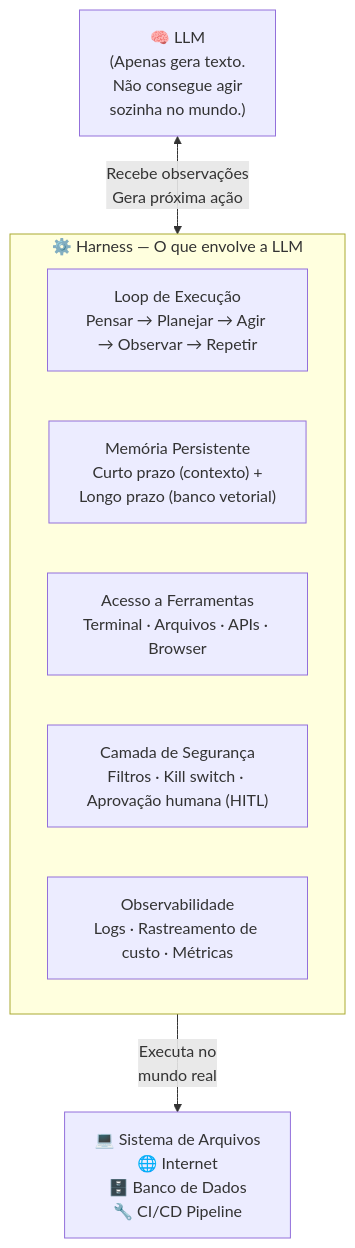
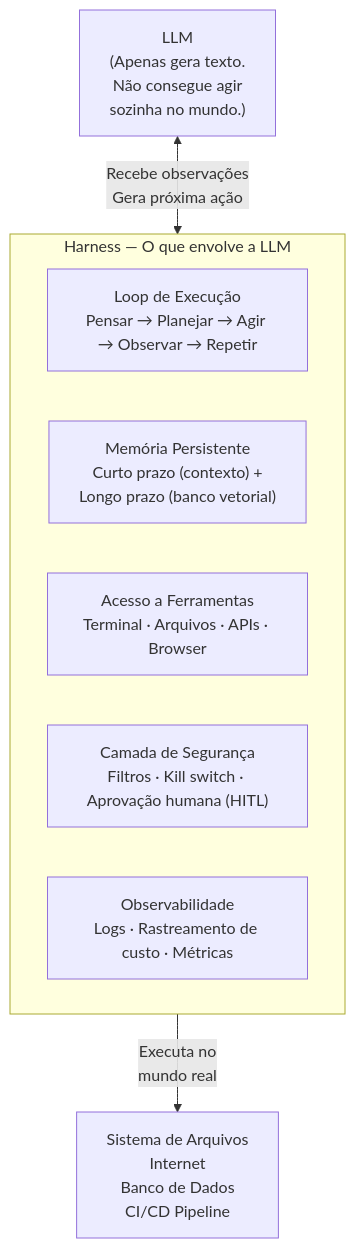
Before and after one commit to RodolfoGama0101/estudo-sobre-ia: the fourth of 7 diagrams in pesquisa/resultados_pesquisa_ia_2026.md, drawn with Mermaid. The commit also changed other lines of this file and 6 other files, not shown here.

````diff
--- a/pesquisa/resultados_pesquisa_ia_2026.md
+++ b/pesquisa/resultados_pesquisa_ia_2026.md
@@ -142,15 +142,15 @@
 ```mermaid
 graph TD
-    LLM["🧠 LLM\n(Apenas gera texto.\nNão consegue agir\nsozinha no mundo.)"]
+LLM[" LLM\n(Apenas gera texto.\nNão consegue agir\nsozinha no mundo.)"]
 
-    subgraph HARNESS ["⚙️ Harness — O que envolve a LLM"]
-        LOOP["Loop de Execução\nPensar → Planejar → Agir → Observar → Repetir"]
-        MEM["Memória Persistente\nCurto prazo (contexto) +\nLongo prazo (banco vetorial)"]
-        TOOLS["Acesso a Ferramentas\nTerminal · Arquivos · APIs · Browser"]
-        SAFE["Camada de Segurança\nFiltros · Kill switch · Aprovação humana (HITL)"]
-        OBS["Observabilidade\nLogs · Rastreamento de custo · Métricas"]
-    end
+subgraph HARNESS [" Harness — O que envolve a LLM"]
+LOOP["Loop de Execução\nPensar → Planejar → Agir → Observar → Repetir"]
+MEM["Memória Persistente\nCurto prazo (contexto) +\nLongo prazo (banco vetorial)"]
+TOOLS["Acesso a Ferramentas\nTerminal · Arquivos · APIs · Browser"]
+SAFE["Camada de Segurança\nFiltros · Kill switch · Aprovação humana (HITL)"]
+OBS["Observabilidade\nLogs · Rastreamento de custo · Métricas"]
+end
 
-    LLM <-->|"Recebe observações\nGera próxima ação"| HARNESS
-    HARNESS -->|"Executa no\nmundo real"| WORLD["💻 Sistema de Arquivos\n🌐 Internet\n🗄️ Banco de Dados\n🔧 CI/CD Pipeline"]
+LLM <-->|"Recebe observações\nGera próxima ação"| HARNESS
+HARNESS -->|"Executa no\nmundo real"| WORLD[" Sistema de Arquivos\n Internet\n Banco de Dados\n CI/CD Pipeline"]
 ```
````
